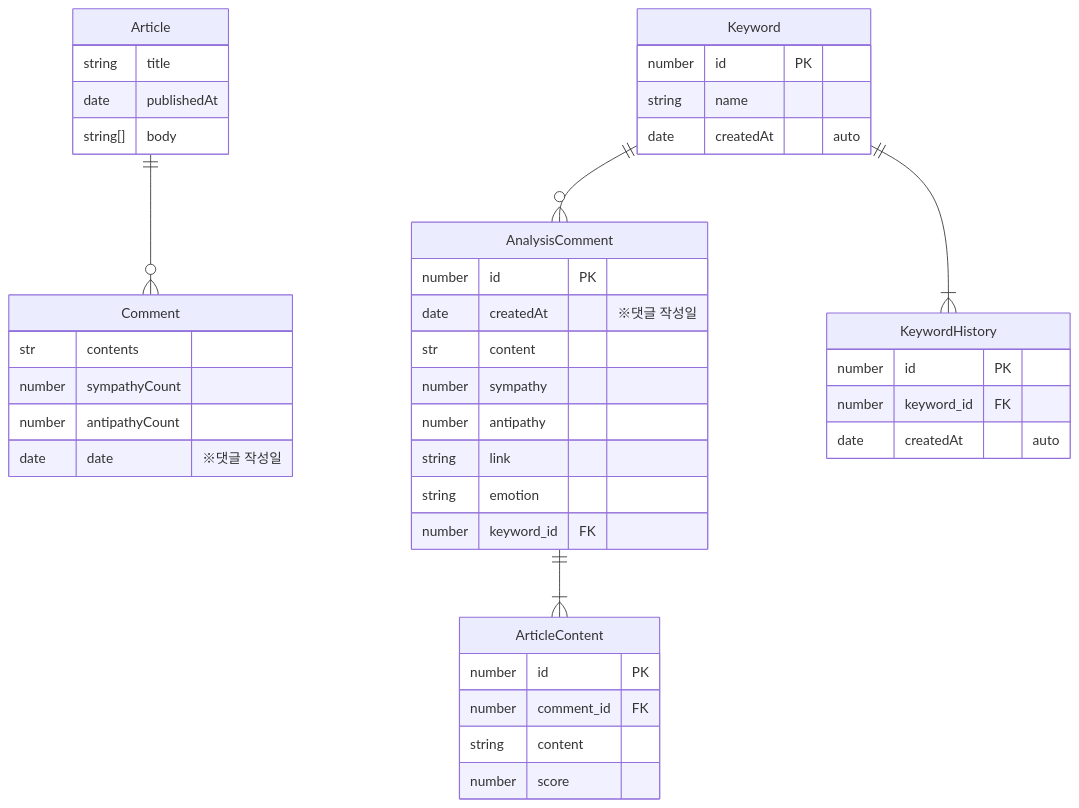
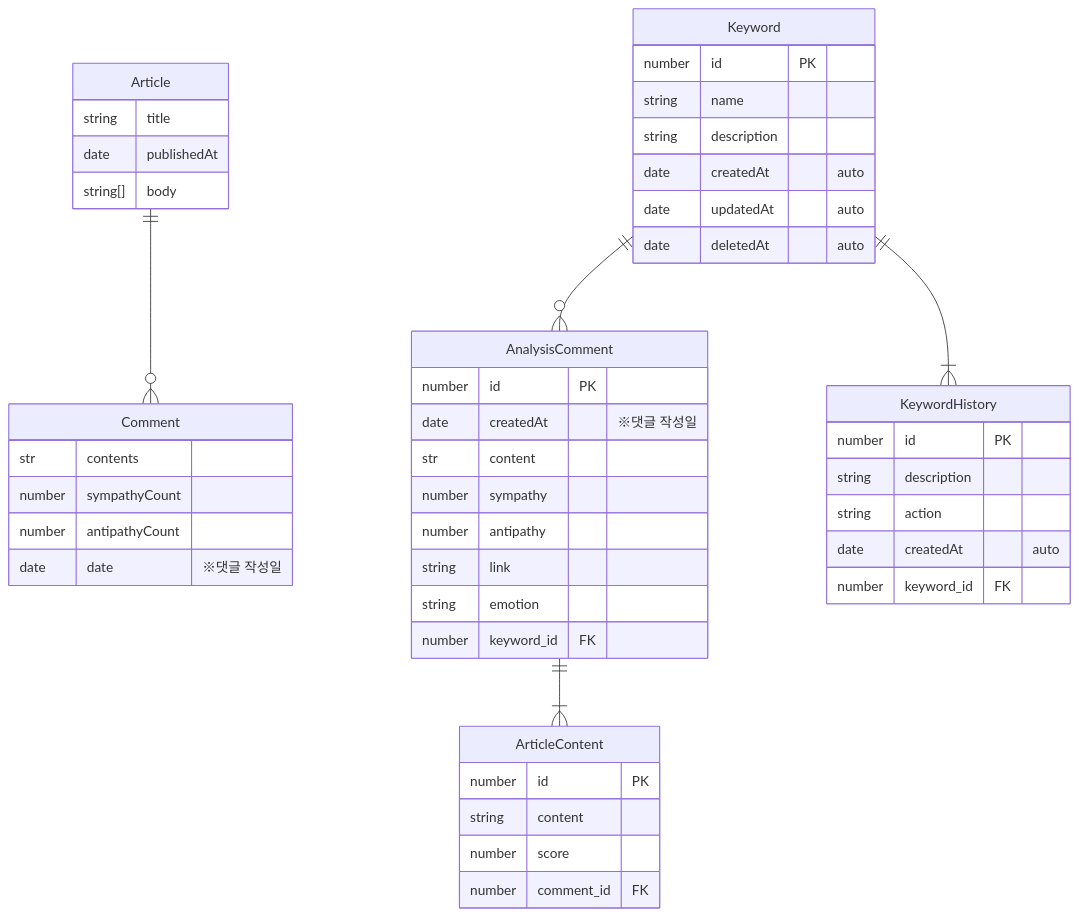
One commit to CSID-DGU/2023-02-CECD2-4 changed the diagram in backend/docs/ERD.md. Above: the diagram before and after it, drawn with Mermaid. The commit also changed 11 other files, not shown here.

````diff
--- a/backend/docs/ERD.md
+++ b/backend/docs/ERD.md
@@ -3,50 +3,55 @@
 ```mermaid
 erDiagram
     Comment {
       str contents
       number sympathyCount
       number antipathyCount
       date date "※댓글 작성일"
     }
 
     Article {
       string title
       date publishedAt
       string[] body
     }
 
     AnalysisComment {
       number id PK
       date createdAt "※댓글 작성일"
       str content
       number sympathy
       number antipathy
       string link
       string emotion
       number keyword_id FK
     }
 
     ArticleContent {
       number id PK
-      number comment_id FK
       string content
       number score
+      number comment_id FK
     }
     
     Keyword {
       number id PK
       string name
+      string description
       date createdAt "auto"
+      date updatedAt "auto"
+      date deletedAt "auto"
     }
 
     KeywordHistory {
       number id PK
+      string description
+      string action
+      date createdAt "auto"
       number keyword_id FK
-      date createdAt "auto"
     }
 
     Article ||--o{ Comment: ""
     Keyword ||--o{ AnalysisComment: ""
     Keyword ||--|{ KeywordHistory: ""
     AnalysisComment ||--|{ ArticleContent: ""
 ```
````
